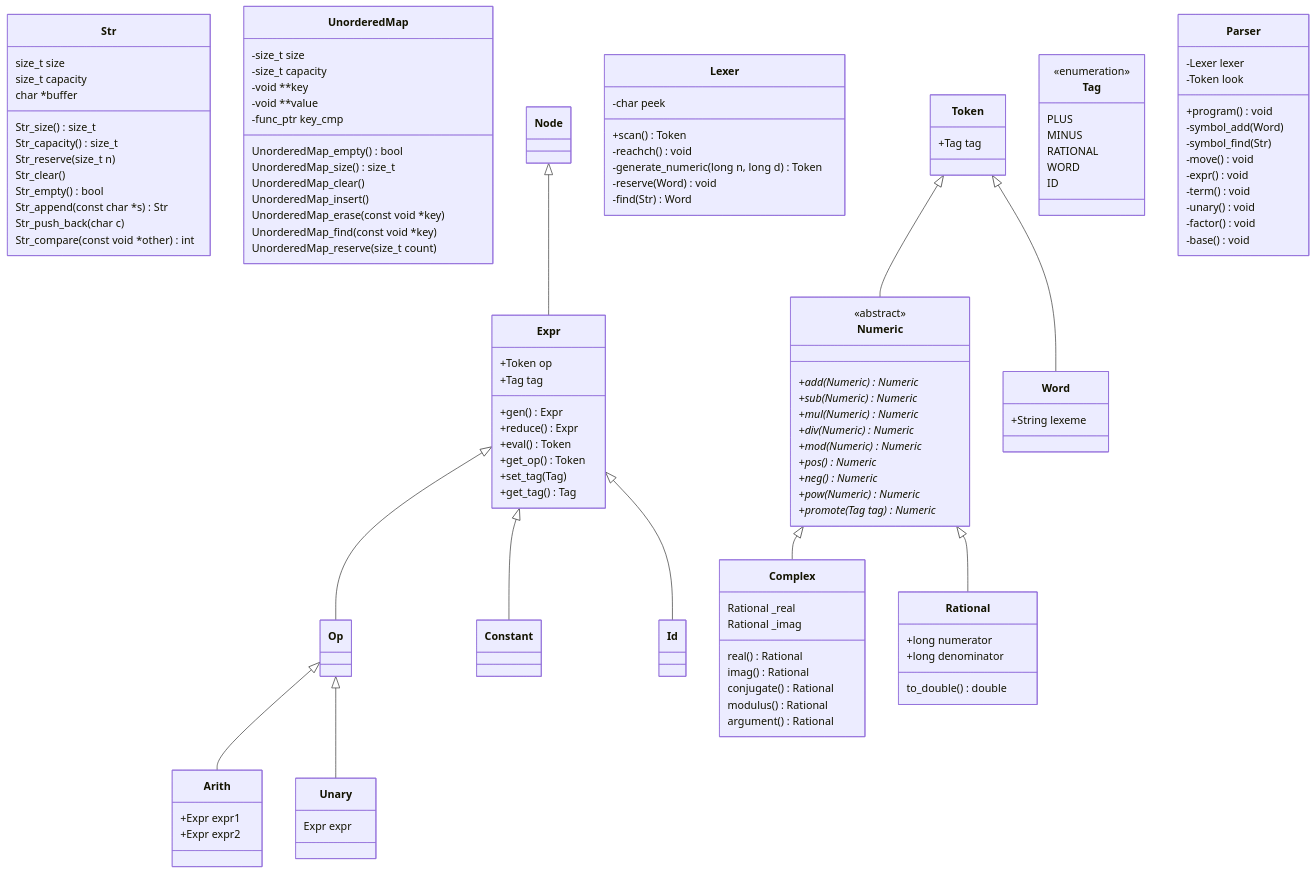
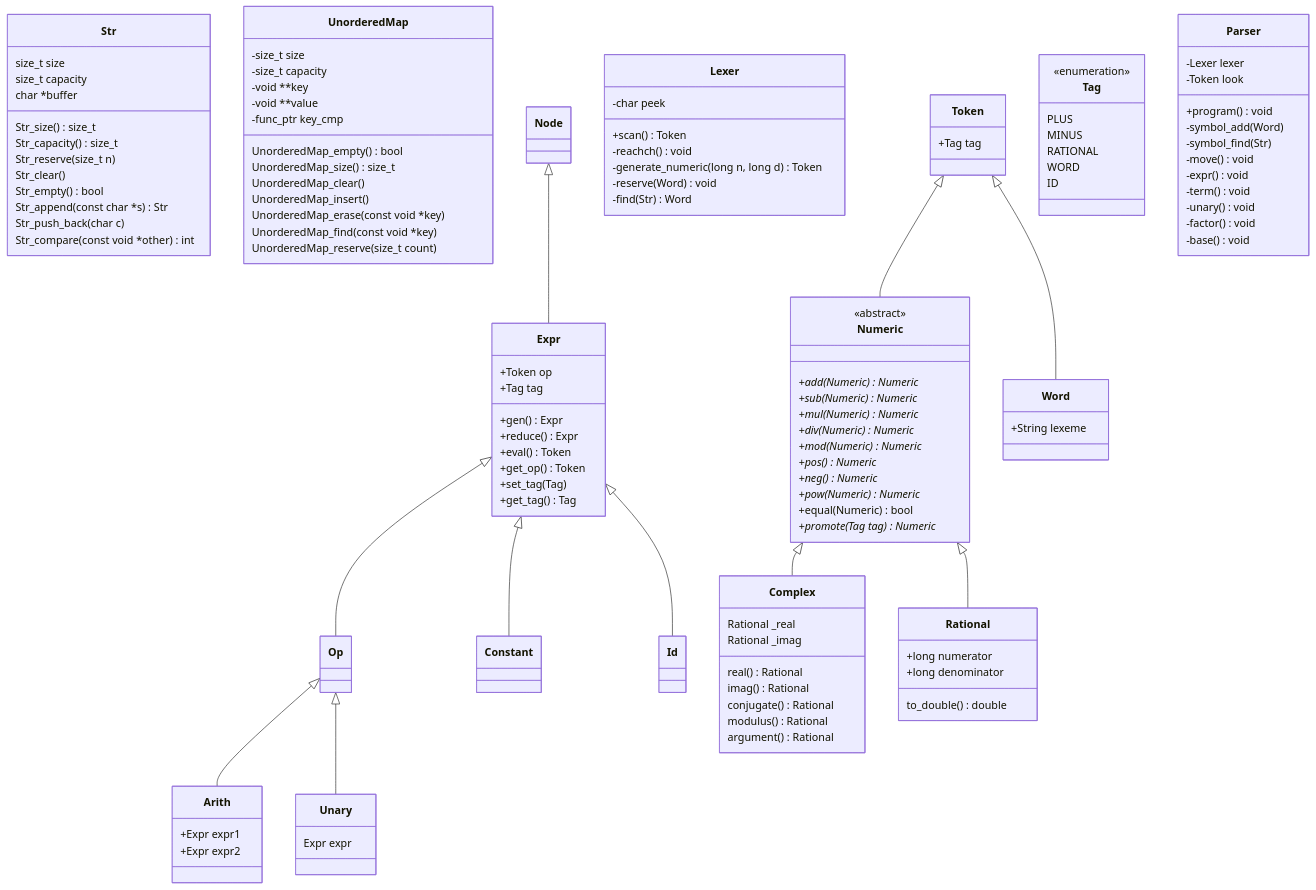
One commit to nwhean/42_computorv changed the diagram in diagram.md. Above: the diagram before and after it, drawn with Mermaid. The commit also changed 7 other files, not shown here.

Commit message:
Added numeric_equal function

```diff
--- a/diagram.md
+++ b/diagram.md
@@ -101,6 +101,7 @@
 		+pos() Numeric*
 		+neg() Numeric*
 		+pow(Numeric) Numeric*
+		+equal(Numeric) bool
 		+promote(Tag tag) Numeric*
 	}
 
```
